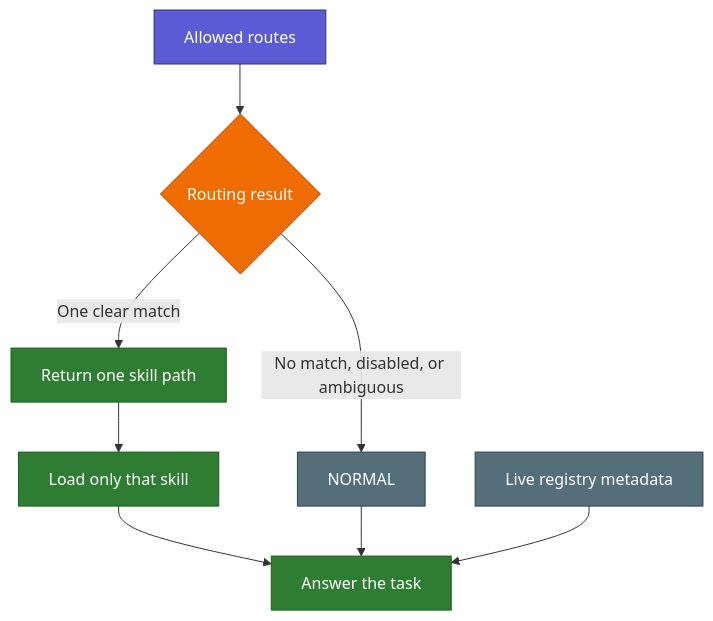
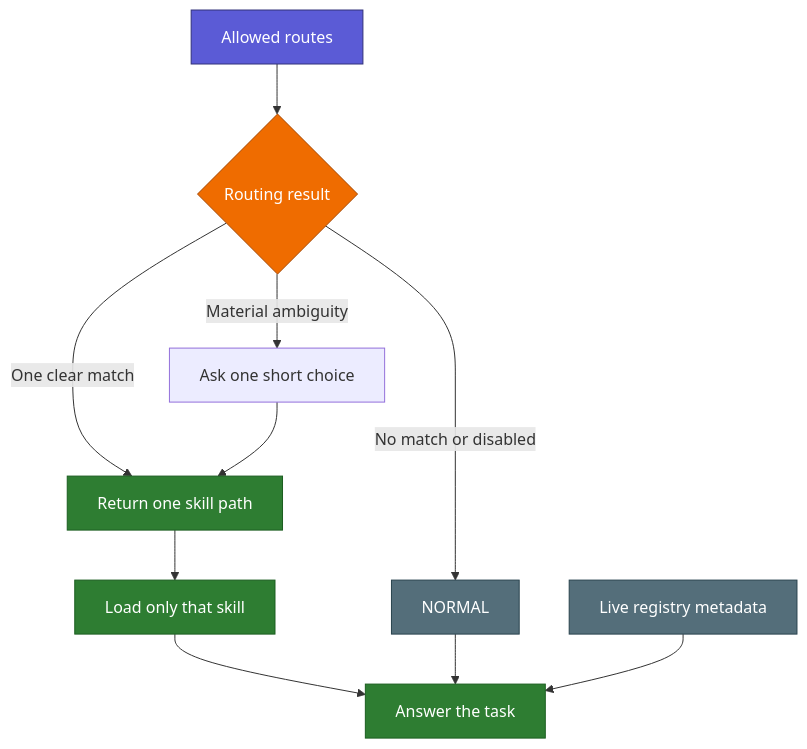
Before and after one commit to geekybobz/skills_ai: the second of 3 diagrams in docs/human/01_FOLLOW_A_REQUEST.md, drawn with Mermaid. The commit also changed other lines of this file and 46 other files, not shown here.

````diff
--- a/docs/human/01_FOLLOW_A_REQUEST.md
+++ b/docs/human/01_FOLLOW_A_REQUEST.md
@@ -39,19 +39,21 @@
 ```mermaid
 flowchart TD
     C["Allowed routes"] --> X{"Routing result"}
-    X -- "No match, disabled, or ambiguous" --> N["NORMAL"]
+    X -- "No match or disabled" --> N["NORMAL"]
+    X -- "Material ambiguity" --> Q["Ask one short choice"]
     X -- "One clear match" --> S["Return one skill path"]
+    Q --> S
     S --> L["Load only that skill"]
     L --> A["Answer the task"]
     N --> A
     M["Live registry metadata"] --> A
 
     classDef route fill:#5B5BD6,color:#fff,stroke:#32327A
     classDef decision fill:#EF6C00,color:#fff,stroke:#A64700
     classDef safe fill:#2E7D32,color:#fff,stroke:#1B5E20
     classDef normal fill:#546E7A,color:#fff,stroke:#29434E
     class C route
     class X decision
     class S,L,A safe
     class N,M normal
 ```
````
